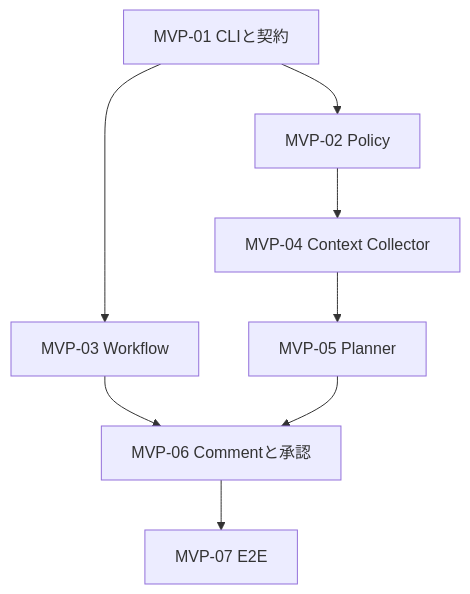
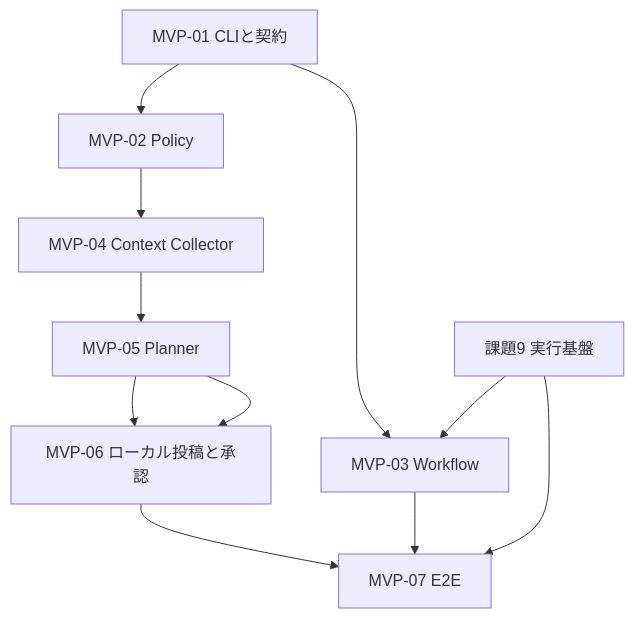
One commit to T44M/agentic-dev-harness changed the second of 2 diagrams in docs/DESIGN.md. Above: the diagram before and after it, drawn with Mermaid. The commit also changed other lines of this file, not shown here.

````diff
--- a/docs/DESIGN.md
+++ b/docs/DESIGN.md
@@ -350,10 +371,13 @@
 ```mermaid
 flowchart TD
     A[MVP-01 CLIと契約] --> B[MVP-02 Policy]
     A --> C[MVP-03 Workflow]
     B --> D[MVP-04 Context Collector]
     D --> E[MVP-05 Planner]
-    C --> F[MVP-06 Commentと承認]
+    X[課題9 実行基盤] --> C
+    E --> F[MVP-06 ローカル投稿と承認]
     E --> F
     F --> G[MVP-07 E2E]
+    C --> G
+    X --> G
 ```
````
